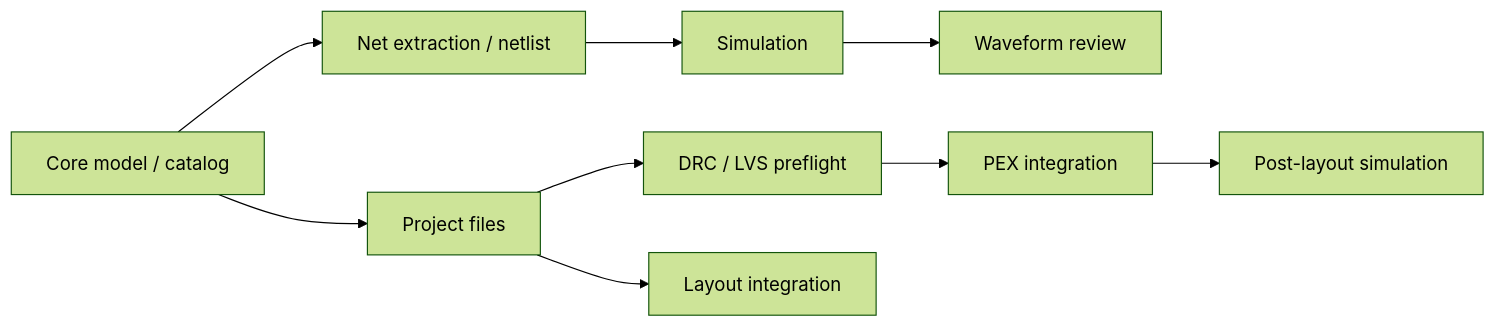
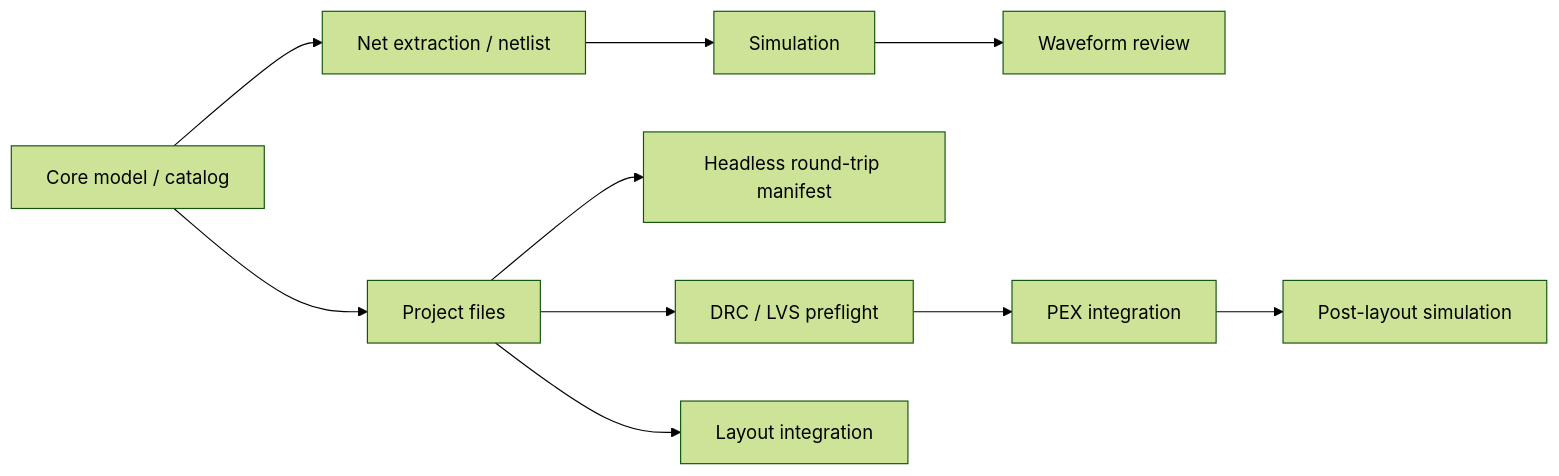
One commit to 1amageek/circuit-studio changed the diagram in docs/feature-maturity.md. Above: the diagram before and after it, drawn with Mermaid (forest theme). The commit also changed other lines of this file and 3 other files, not shown here.

Commit message:
Add headless round trip harness

````diff
--- a/docs/feature-maturity.md
+++ b/docs/feature-maturity.md
@@ -57,11 +58,12 @@
 ```mermaid
 flowchart LR
   Core["Core model / catalog"] --> Netlist["Net extraction / netlist"]
   Netlist --> Sim["Simulation"]
   Sim --> Wave["Waveform review"]
   Core --> Project["Project files"]
+  Project --> Harness["Headless round-trip manifest"]
   Project --> Verify["DRC / LVS preflight"]
   Verify --> PEX["PEX integration"]
   PEX --> Post["Post-layout simulation"]
   Project --> Layout["Layout integration"]
 ```
````
